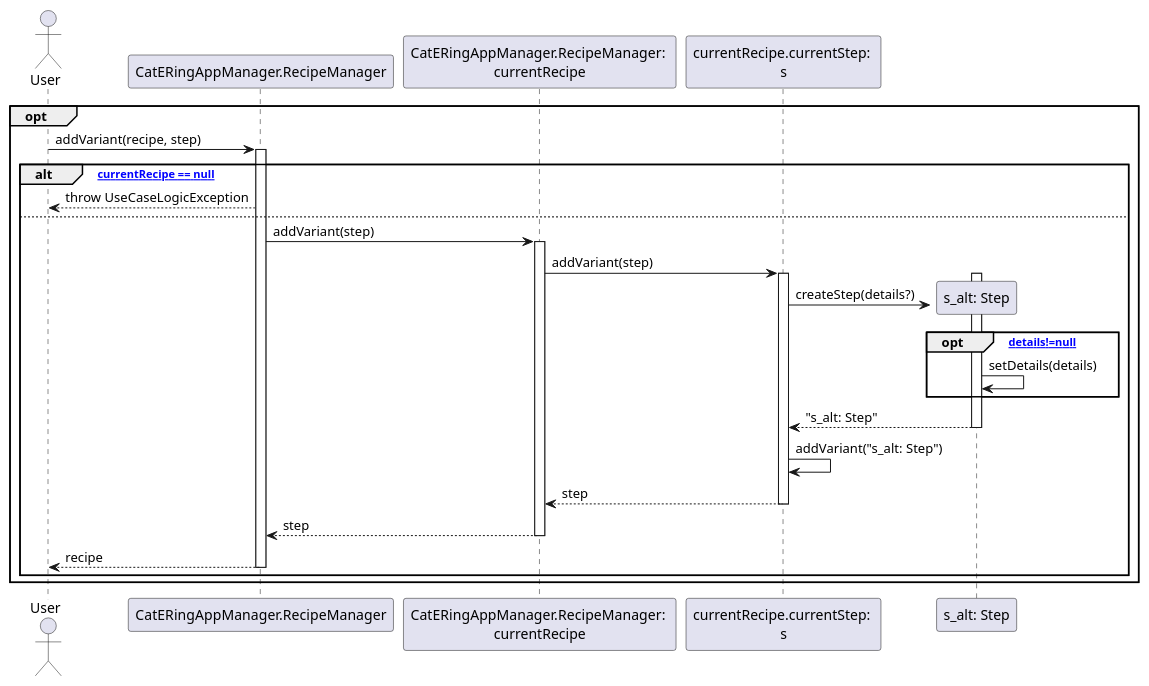
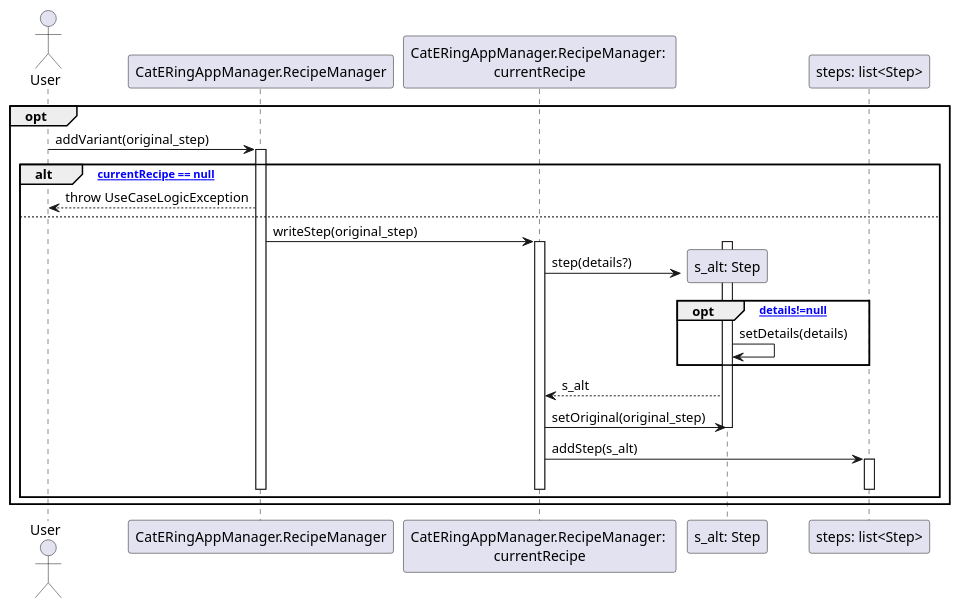
Before and after one commit to m0canu1/sas: the diagram in dsd/dsd-ricette/2d-addVariant.md, drawn with PlantUML. The commit also changed 8 other files, not shown here.

````diff
--- a/dsd/dsd-ricette/2d-addVariant.md
+++ b/dsd/dsd-ricette/2d-addVariant.md
@@ -1,43 +1,36 @@
 ```plantuml
 Actor User
 Participant "CatERingAppManager.RecipeManager" as RM 
 Participant "CatERingAppManager.RecipeManager: \ncurrentRecipe" as CR
-Participant "currentRecipe.currentStep: \ns" as CS 
+
 
 opt
-	User -> RM: addVariant(recipe, step)
+	User -> RM: addVariant(original_step)
 	Activate RM
 
 	alt ["currentRecipe == null"]
         RM --> User: throw UseCaseLogicException
-    
     else
-    	RM -> CR: addVariant(step)
+    	RM -> CR: writeStep(original_step)
     	Activate CR
-
-    	CR -> CS: addVariant(step)
-    	Activate CS
 
     	create "s_alt: Step"
     	Activate "s_alt: Step"
-    	CS -> "s_alt: Step": createStep(details?)
+            CR -> "s_alt: Step": step(details?)
 
-    	opt ["details!=null"]
-    		"s_alt: Step" -> "s_alt: Step": setDetails(details)
-    	end
-    	"s_alt: Step" --> CS: "s_alt: Step"
-    	Deactivate "s_alt: Step"
+        	opt ["details!=null"]
+        		"s_alt: Step" -> "s_alt: Step": setDetails(details)
+        	end
+        	"s_alt: Step" --> CR: s_alt
+            CR -> "s_alt: Step": setOriginal(original_step)
+        Deactivate "s_alt: Step"
 
-    	CS -> CS: addVariant("s_alt: Step")
+        CR -> "steps: list<Step>": addStep(s_alt)
+        Activate "steps: list<Step>"
+        Deactivate "steps: list<Step>"
 
-    	CS --> CR: step
-    	Deactivate CS
-
-    	CR --> RM: step
     	Deactivate CR
-
-    	RM --> User: recipe
     	Deactivate RM
    	end
 end
 ```
````
